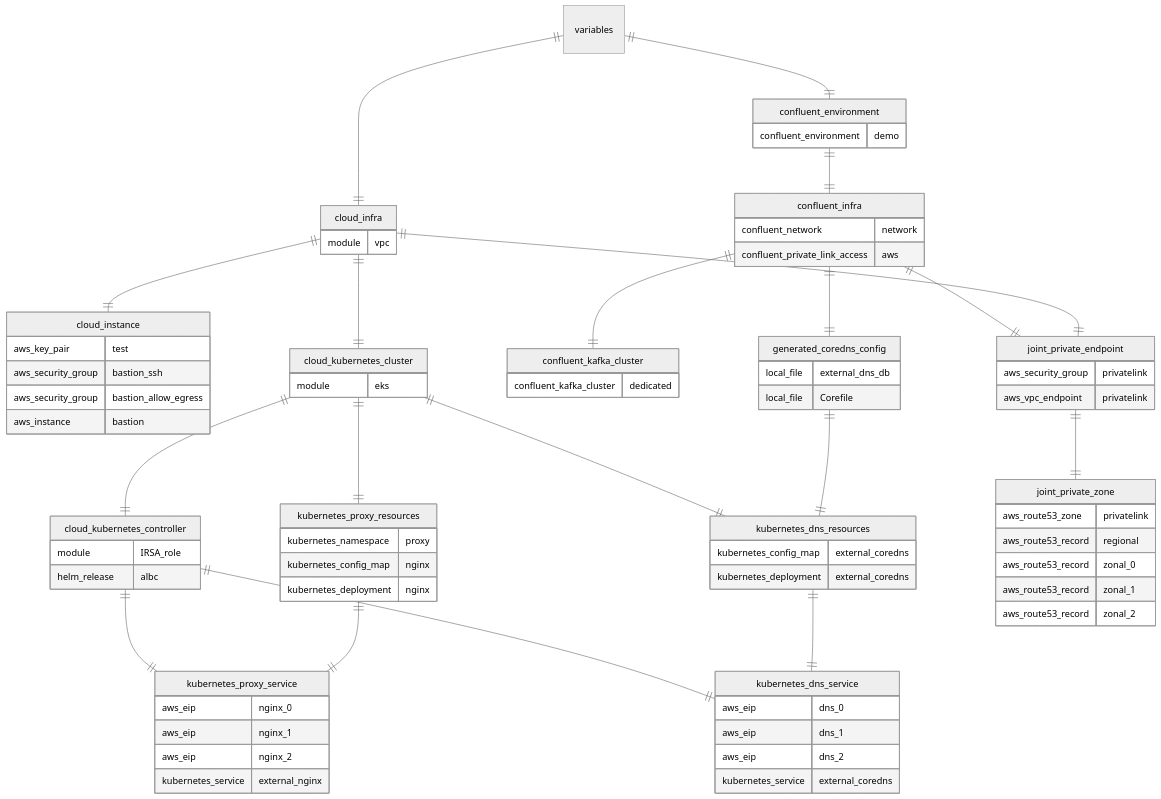
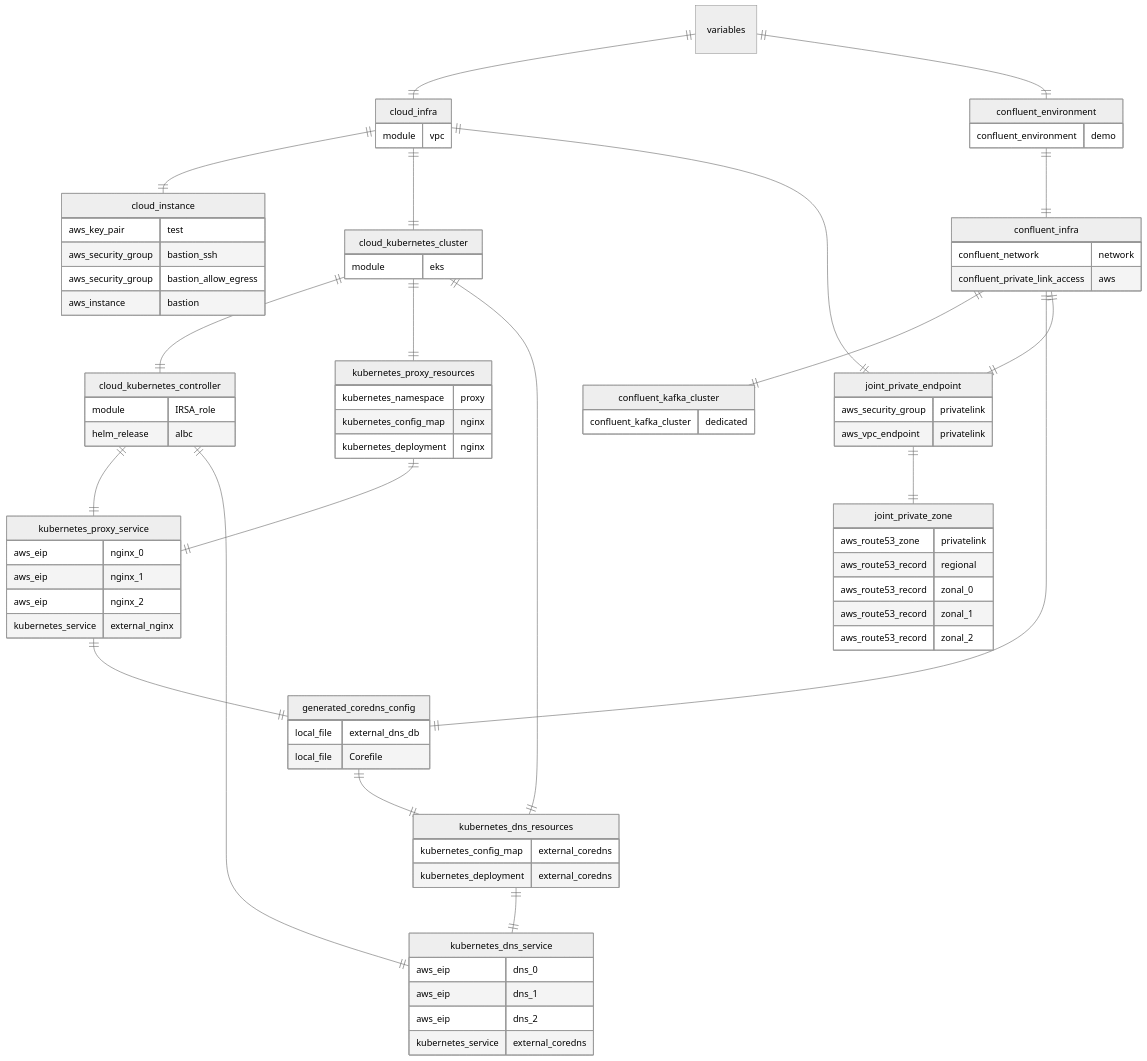
Before and after one commit to justinrlee/terraform-templates: the third of 3 diagrams in cloud-networking/aws-privatelink/README.md, drawn with Mermaid. The commit also changed 13 other files, not shown here.

```diff
--- a/cloud-networking/aws-privatelink/README.md
+++ b/cloud-networking/aws-privatelink/README.md
@@ -222,6 +222,8 @@
     confluent_infra ||--|| joint_private_endpoint: ""
     cloud_infra ||--|| joint_private_endpoint: ""
     joint_private_endpoint ||--|| joint_private_zone: ""
+
+    kubernetes_proxy_service ||--|| generated_coredns_config: ""
 
     
     cloud_infra {
```
